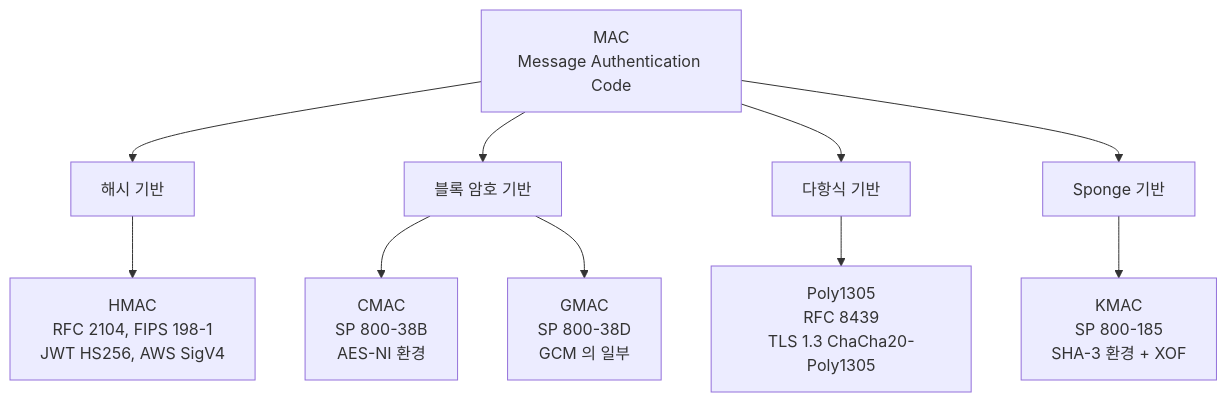
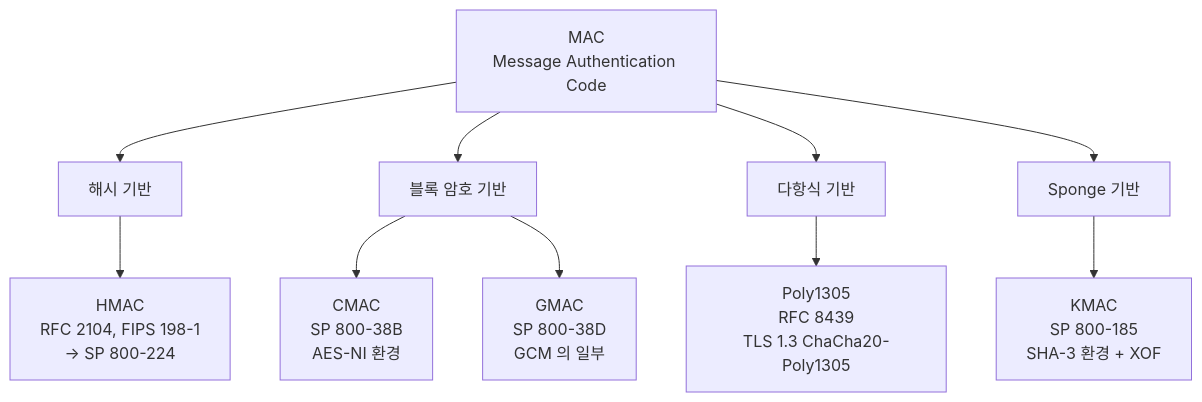
Before and after one commit to ianrang/cs-study: the third of 5 diagrams in cs/information-security/study/04.security-general/06.hash-and-mac.md, drawn with Mermaid. The commit also changed other lines of this file and 1 other file, not shown here.

````diff
--- a/cs/information-security/study/04.security-general/06.hash-and-mac.md
+++ b/cs/information-security/study/04.security-general/06.hash-and-mac.md
@@ -673,14 +686,14 @@
 ```mermaid
 graph TD
   M[MAC<br/>Message Authentication Code]
   M --> MH[해시 기반]
   M --> MC[블록 암호 기반]
   M --> MP[다항식 기반]
   M --> MS[Sponge 기반]
 
-  MH --> HMAC[HMAC<br/>RFC 2104, FIPS 198-1<br/>JWT HS256, AWS SigV4]
+  MH --> HMAC[HMAC<br/>RFC 2104, FIPS 198-1<br/>→ SP 800-224]
   MC --> CMAC[CMAC<br/>SP 800-38B<br/>AES-NI 환경]
   MC --> GMAC[GMAC<br/>SP 800-38D<br/>GCM 의 일부]
   MP --> POLY[Poly1305<br/>RFC 8439<br/>TLS 1.3 ChaCha20-Poly1305]
   MS --> KMAC[KMAC<br/>SP 800-185<br/>SHA-3 환경 + XOF]
 ```
````
